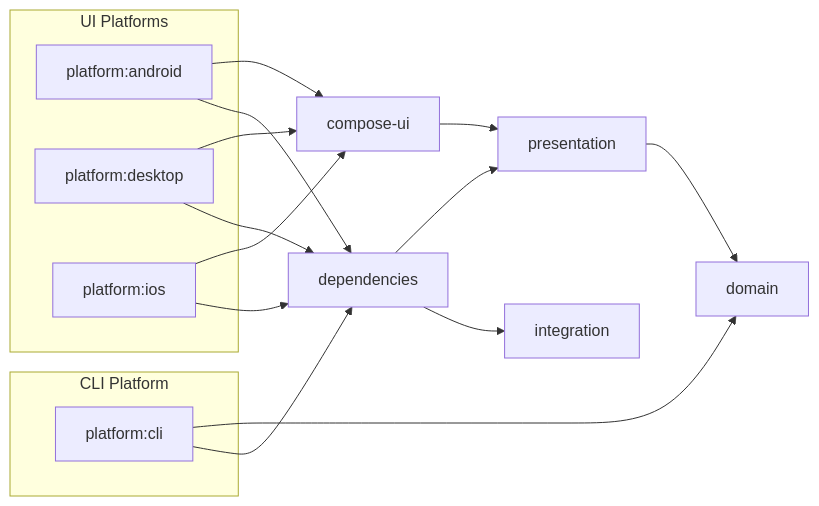
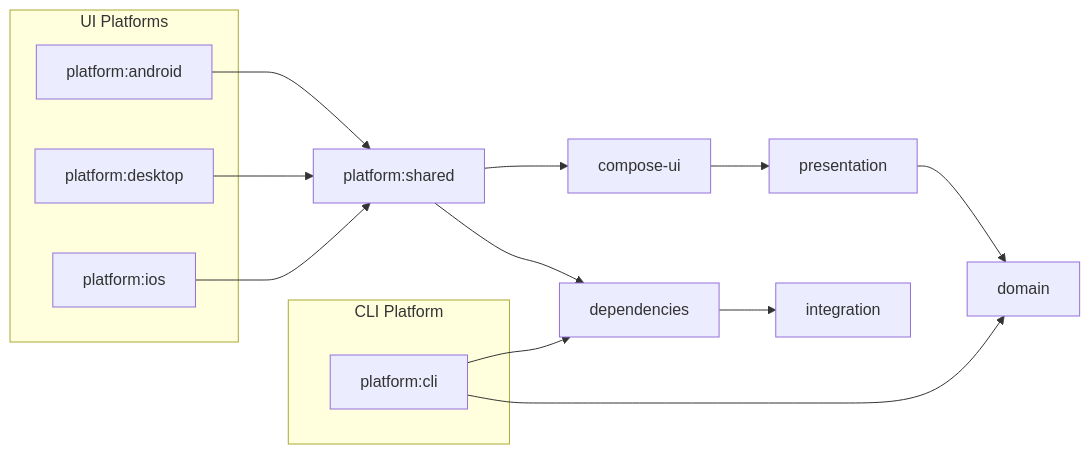
Before and after one commit to y9vad9/todo-list-app: the diagram in README.md, drawn with Mermaid. The commit also changed other lines of this file, not shown here.

Commit message:
docs: accurate representation of structure + badges

````diff
--- a/README.md
+++ b/README.md
@@ -72,43 +78,42 @@
 ```mermaid
 graph LR
 
 %% Core modules
 domain[domain]
 presentation[presentation]
 integration[integration]
 
 %% Shared modules
+shared[platform:shared]
 compose_ui[compose-ui]
 dependencies[dependencies]
 
 %% Platform groups
 subgraph UI Platforms
     android[platform:android]
     desktop[platform:desktop]
     ios[platform:ios]
 end
 
 subgraph CLI Platform
     cli[platform:cli]
 end
 
 %% Shared module connections
+shared --> compose_ui
+shared --> dependencies
 compose_ui --> presentation
-dependencies --> presentation
 dependencies --> integration
 presentation --> domain
 
 %% CLI-specific connections
 cli --> domain
 cli --> dependencies
 
 %% UI platform connections (only direct)
-android --> compose_ui
-android --> dependencies
+android --> shared
 
-desktop --> compose_ui
-desktop --> dependencies
+desktop --> shared
 
-ios --> compose_ui
-ios --> dependencies
+ios --> shared
 ```
````
